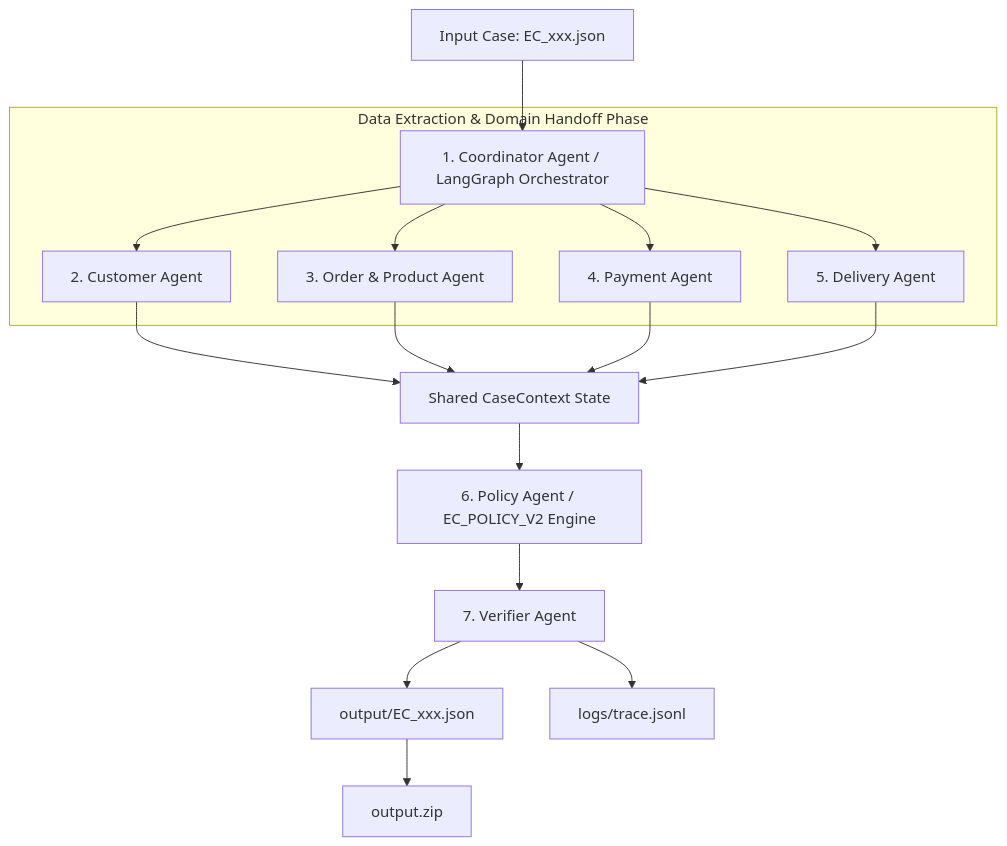
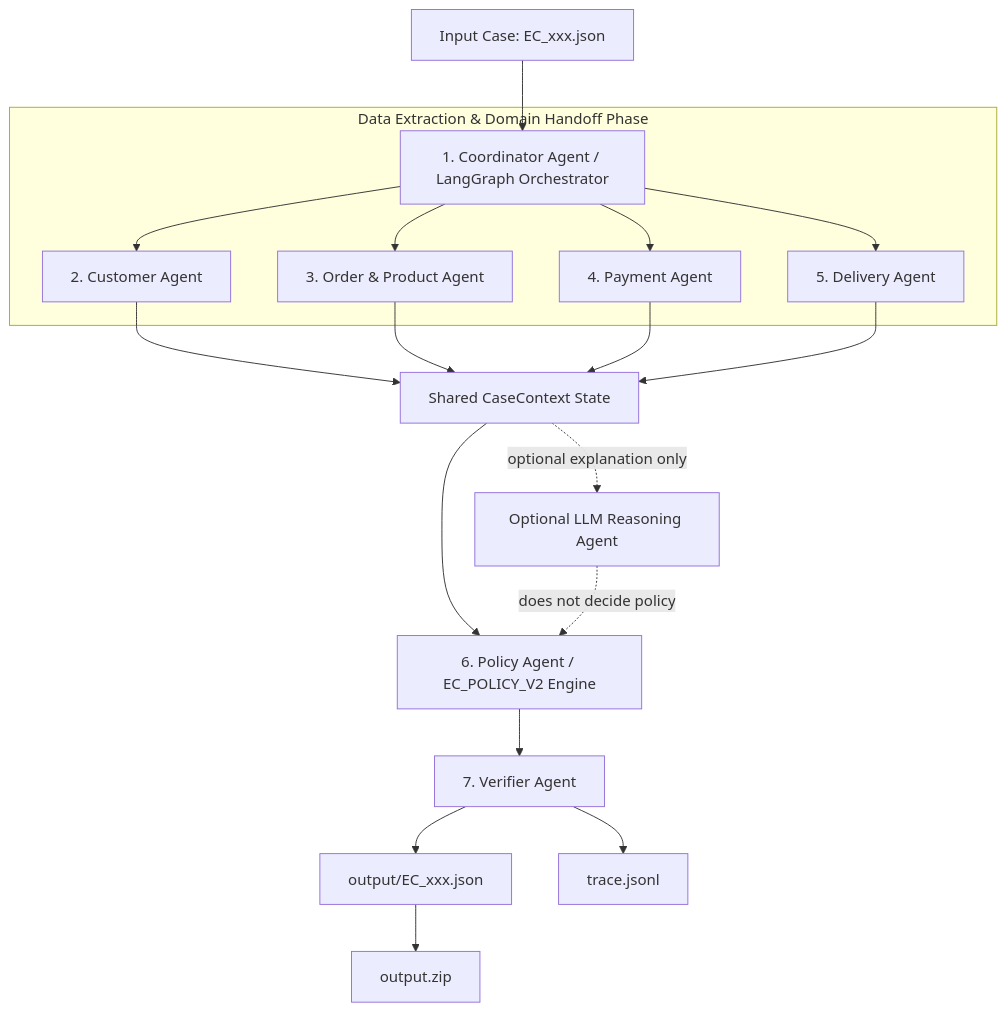
One commit to VinAIThucChien-Lab/K4-Day9-Multi-Agent-A2A changed the diagram in architecture.md. Above: the diagram before and after it, drawn with Mermaid. The commit also changed other lines of this file and 24 other files, not shown here.

````diff
--- a/architecture.md
+++ b/architecture.md
@@ -9,23 +9,25 @@
 ```mermaid
 graph TD
     Input[Input Case: EC_xxx.json] --> Coordinator[1. Coordinator Agent / LangGraph Orchestrator]
     
     subgraph Data Extraction & Domain Handoff Phase
         Coordinator --> CustAgent[2. Customer Agent]
         Coordinator --> OrderAgent[3. Order & Product Agent]
         Coordinator --> PayAgent[4. Payment Agent]
         Coordinator --> DelivAgent[5. Delivery Agent]
     end
 
     CustAgent --> SharedContext[Shared CaseContext State]
     OrderAgent --> SharedContext
     PayAgent --> SharedContext
     DelivAgent --> SharedContext
 
     SharedContext --> PolicyAgent[6. Policy Agent / EC_POLICY_V2 Engine]
+    SharedContext -. optional explanation only .-> LLMAgent[Optional LLM Reasoning Agent]
+    LLMAgent -. does not decide policy .-> PolicyAgent
     PolicyAgent --> VerifierAgent[7. Verifier Agent]
     
     VerifierAgent --> OutputJSON[output/EC_xxx.json]
-    VerifierAgent --> TraceLog[logs/trace.jsonl]
+    VerifierAgent --> TraceLog[trace.jsonl]
     OutputJSON --> ZipArchive[output.zip]
 ```
````
